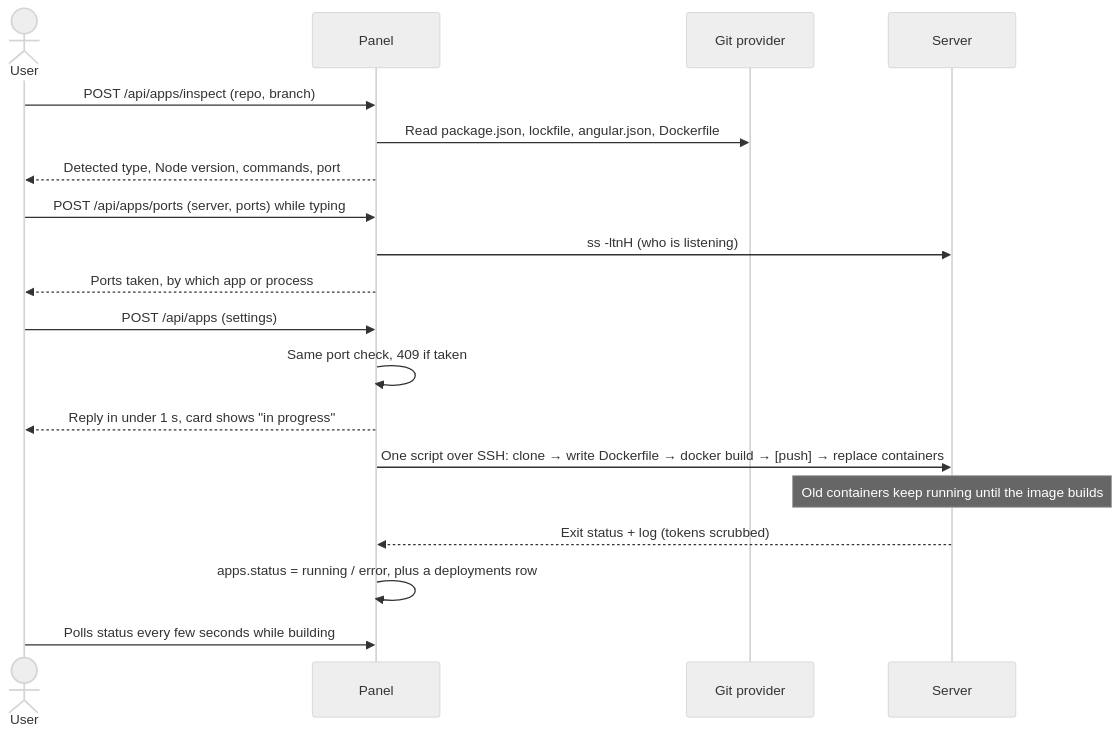
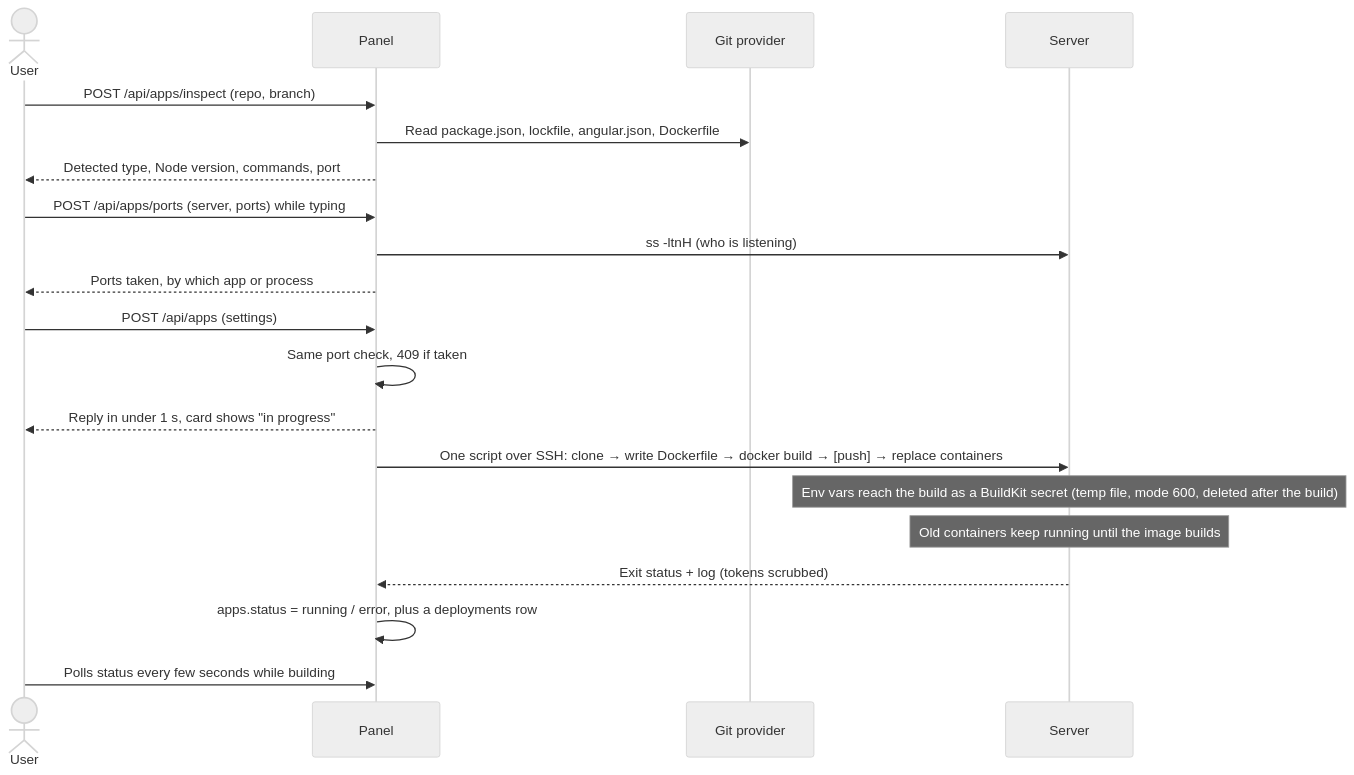
The fifth of 6 diagrams in docs/03-system-design.md (ajay123-aj/aj-pilot), drawn with Mermaid (neutral theme) before and after one commit. The commit also changed 6 other files, not shown here.

````diff
--- a/docs/03-system-design.md
+++ b/docs/03-system-design.md
@@ -157,21 +157,22 @@
 ```mermaid
 sequenceDiagram
   actor U as User
   participant P as Panel
   participant G as Git provider
   participant S as Server
   U->>P: POST /api/apps/inspect (repo, branch)
   P->>G: Read package.json, lockfile, angular.json, Dockerfile
   P-->>U: Detected type, Node version, commands, port
   U->>P: POST /api/apps/ports (server, ports) while typing
   P->>S: ss -ltnH (who is listening)
   P-->>U: Ports taken, by which app or process
   U->>P: POST /api/apps (settings)
   P->>P: Same port check, 409 if taken
   P-->>U: Reply in under 1 s, card shows "in progress"
   P->>S: One script over SSH: clone → write Dockerfile → docker build → [push] → replace containers
+  Note over S: Env vars reach the build as a BuildKit secret (temp file, mode 600, deleted after the build)
   Note over S: Old containers keep running until the image builds
   S-->>P: Exit status + log (tokens scrubbed)
   P->>P: apps.status = running / error, plus a deployments row
   U->>P: Polls status every few seconds while building
 ```
````
